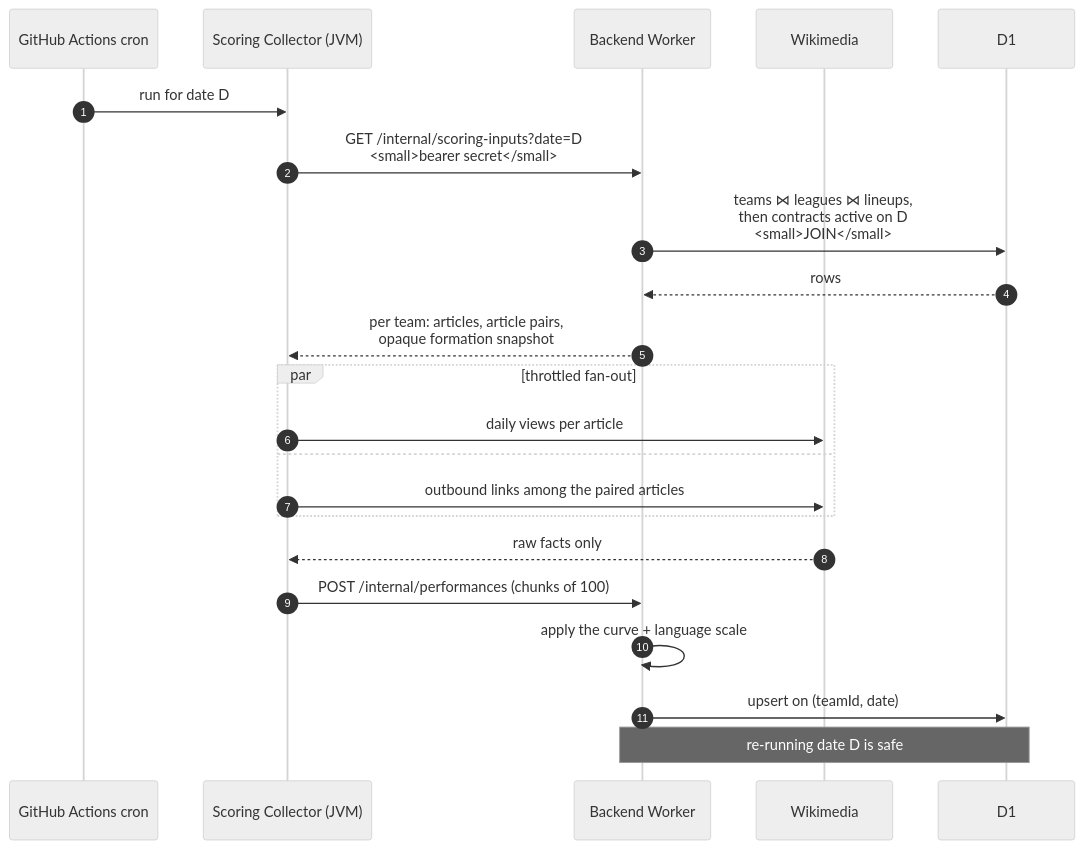
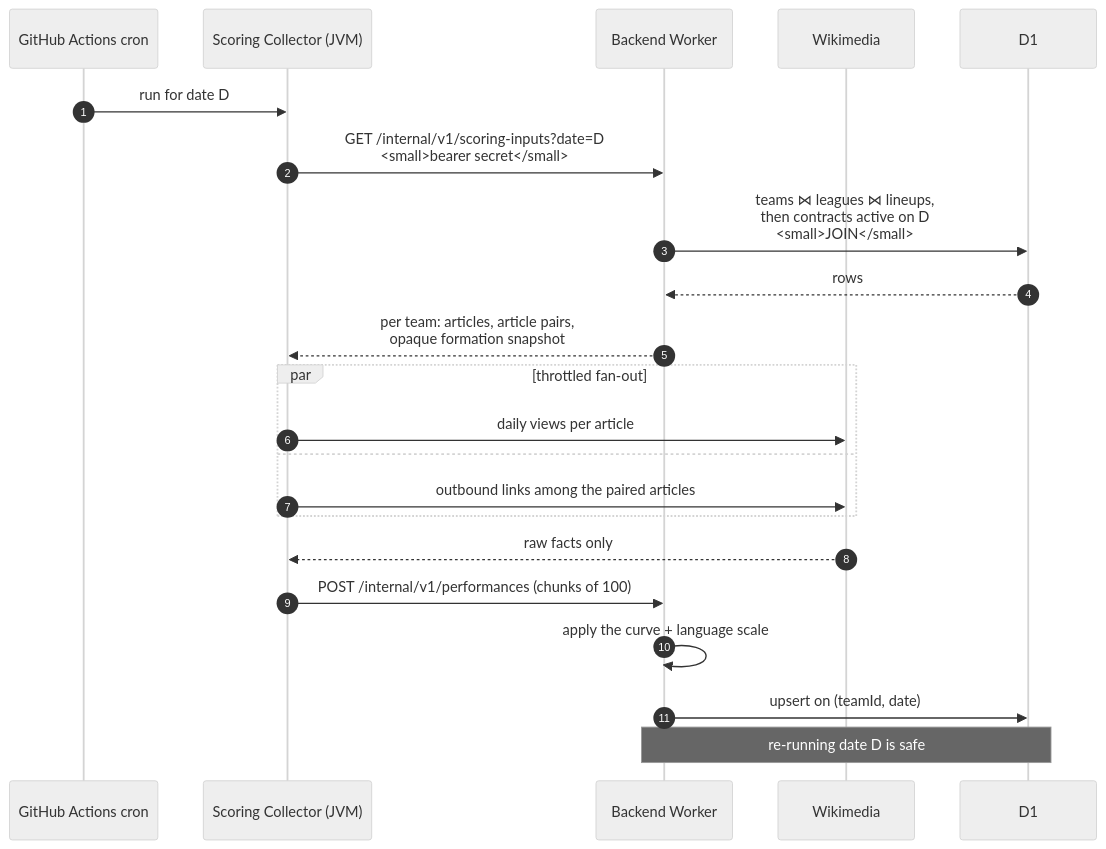
One commit to FantasyWiki/FantasyWiki changed the fourth of 6 diagrams in docs/site/pages/architecture/data-flow.md. Above: the diagram before and after it, drawn with Mermaid (neutral theme). The commit also changed other lines of this file and 49 other files, not shown here.

````diff
--- a/docs/site/pages/architecture/data-flow.md
+++ b/docs/site/pages/architecture/data-flow.md
@@ -172,27 +172,27 @@
 ```mermaid
 sequenceDiagram
   autonumber
   participant CR as GitHub Actions cron
   participant CO as Scoring Collector (JVM)
   participant BE as Backend Worker
   participant WM as Wikimedia
   participant DB as D1
 
   CR->>CO: run for date D
-  CO->>BE: GET /internal/scoring-inputs?date=D<br/><small>bearer secret</small>
+  CO->>BE: GET /internal/v1/scoring-inputs?date=D<br/><small>bearer secret</small>
   BE->>DB: teams ⋈ leagues ⋈ lineups,<br/>then contracts active on D<br/><small>JOIN</small>
   DB-->>BE: rows
   BE-->>CO: per team: articles, article pairs,<br/>opaque formation snapshot
 
   par throttled fan-out
     CO->>WM: daily views per article
   and
     CO->>WM: outbound links among the paired articles
   end
   WM-->>CO: raw facts only
 
-  CO->>BE: POST /internal/performances (chunks of 100)
+  CO->>BE: POST /internal/v1/performances (chunks of 100)
   BE->>BE: apply the curve + language scale
   BE->>DB: upsert on (teamId, date)
   Note over BE,DB: re-running date D is safe
 ```
````
